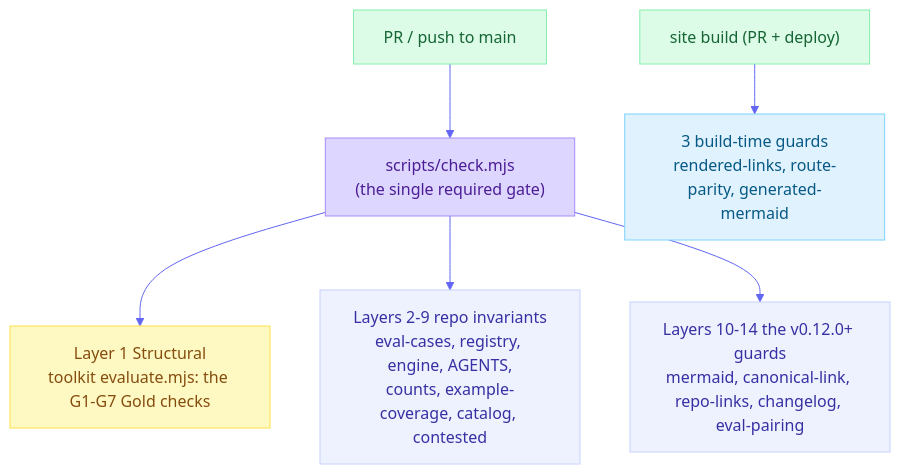
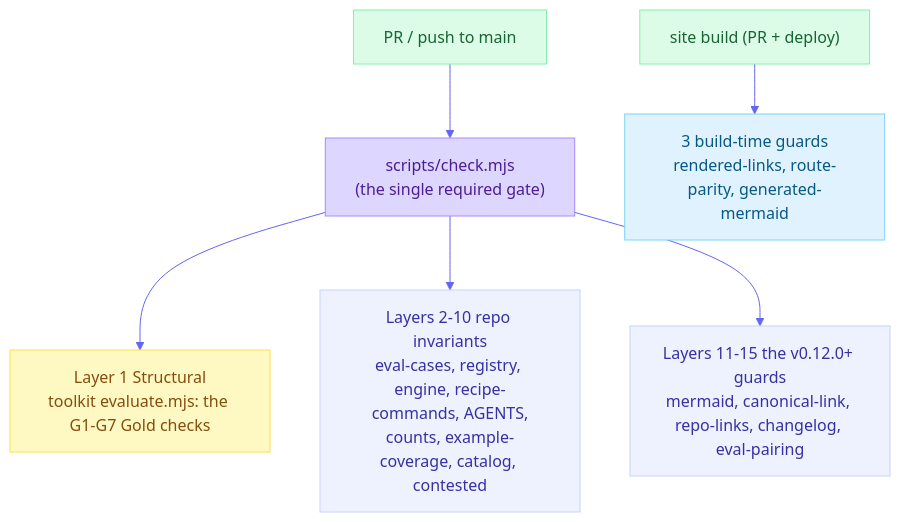
The diagram in docs/conformance.md (product-on-purpose/thinking-framework-skills), drawn with Mermaid before and after one commit. The commit also changed other lines of this file and 11 other files, not shown here.

First line of the commit message:
docs(gate): reconcile the layer and warning counts, and gate duplicate changelog sections (#115)

````diff
--- a/docs/conformance.md
+++ b/docs/conformance.md
@@ -95,14 +101,14 @@
 ```mermaid
 %%{init: {'theme':'base','themeVariables':{'primaryColor':'#eef2ff','primaryBorderColor':'#c7d2fe','lineColor':'#6366f1'}}}%%
 flowchart TD
   pr["PR / push to main"]:::trig --> gate["scripts/check.mjs<br/>(the single required gate)"]:::gate
   gate --> L1["Layer 1 Structural<br/>toolkit evaluate.mjs: the G1-G7 Gold checks"]:::tk
-  gate --> L29["Layers 2-9 repo invariants<br/>eval-cases, registry, engine, AGENTS,<br/>counts, example-coverage, catalog, contested"]:::repo
-  gate --> L1014["Layers 10-14 the v0.12.0+ guards<br/>mermaid, canonical-link, repo-links, changelog, eval-pairing"]:::repo
+  gate --> L210["Layers 2-10 repo invariants<br/>eval-cases, registry, engine, recipe-commands, AGENTS,<br/>counts, example-coverage, catalog, contested"]:::repo
+  gate --> L1115["Layers 11-15 the v0.12.0+ guards<br/>mermaid, canonical-link, repo-links, changelog, eval-pairing"]:::repo
   build["site build (PR + deploy)"]:::trig --> guards["3 build-time guards<br/>rendered-links, route-parity, generated-mermaid"]:::bld
   classDef trig fill:#dcfce7,stroke:#86efac,color:#166534;
   classDef gate fill:#ddd6fe,stroke:#a78bfa,color:#4c1d95;
   classDef tk fill:#fef9c3,stroke:#fde047,color:#854d0e;
   classDef repo fill:#eef2ff,stroke:#c7d2fe,color:#3730a3;
   classDef bld fill:#e0f2fe,stroke:#7dd3fc,color:#075985;
 ```
````
